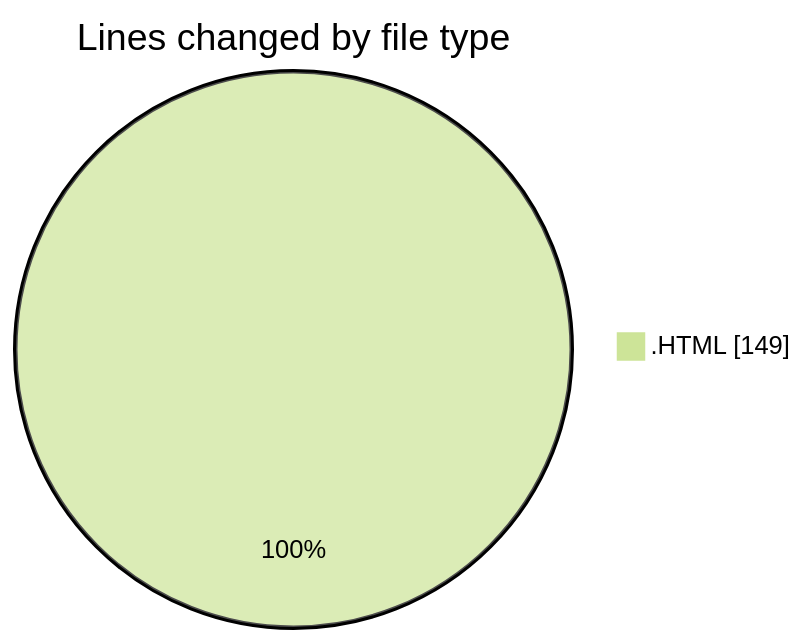
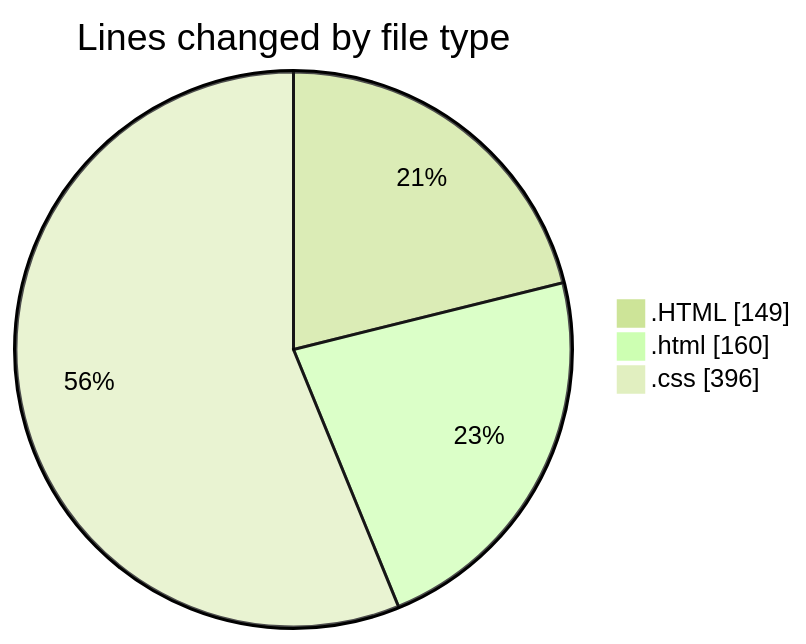
Before and after one commit to Unknowalive/code-tracking: the first of 2 diagrams in 2026-09-03/web_tec_2026/README.md, drawn with Mermaid (forest theme). The commit also changed other lines of this file and 1 other file, not shown here.

````diff
--- a/2026-09-03/web_tec_2026/README.md
+++ b/2026-09-03/web_tec_2026/README.md
@@ -22,5 +24,7 @@
 ```mermaid
 pie showData
 title Lines changed by file type
 ".HTML" : 149
+".html" : 160
+".css" : 396
 ```
````
